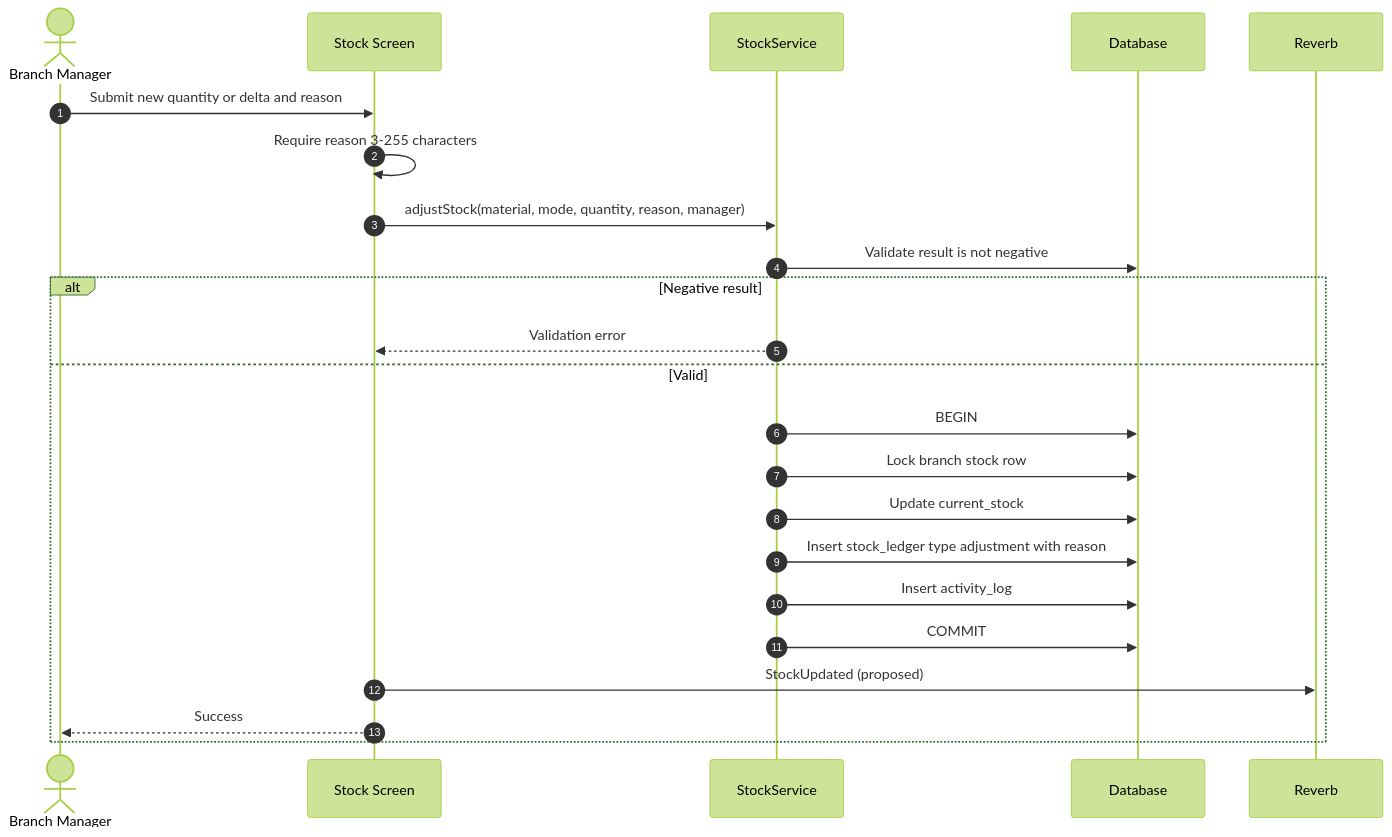
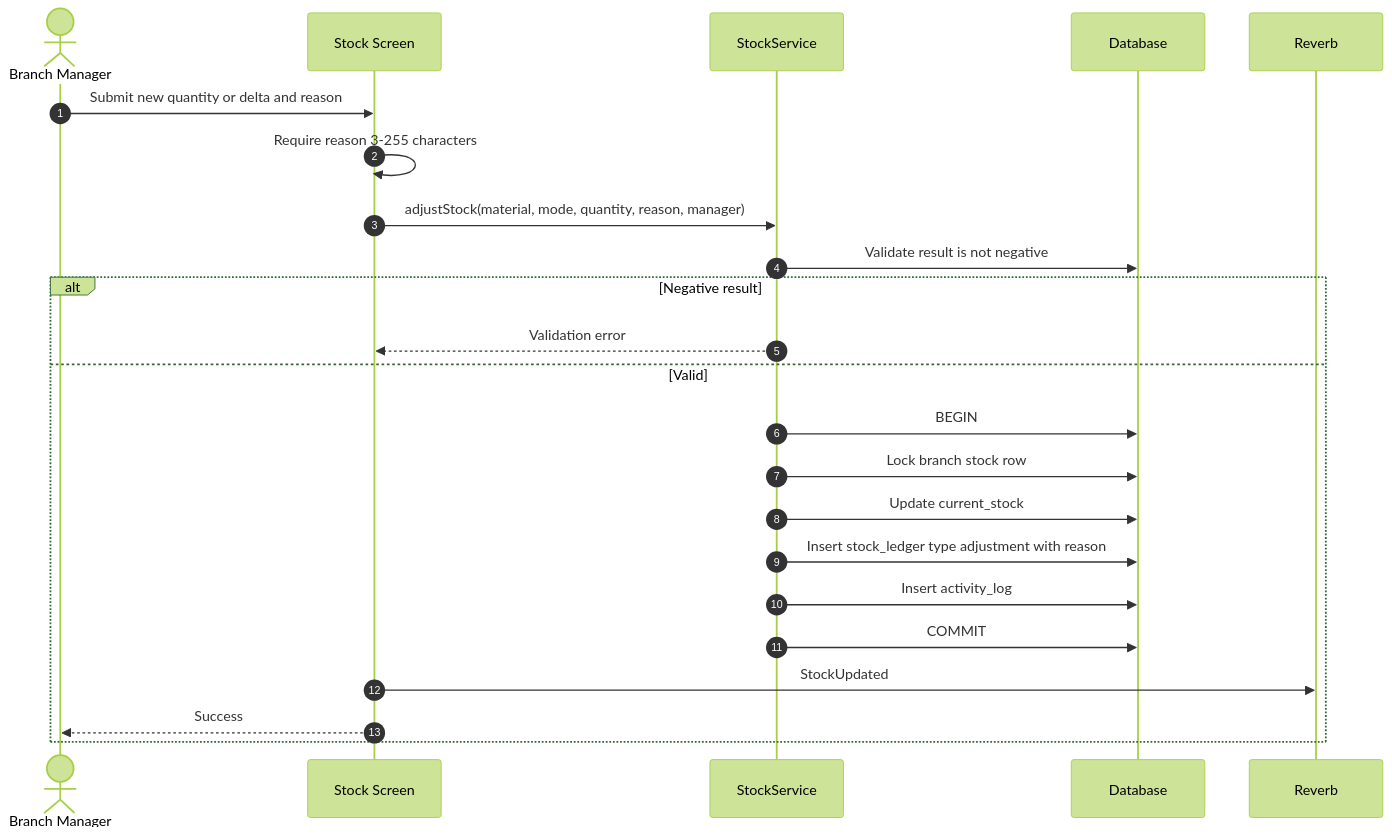
Diagram 12 of 16 in docs/architecture/sequence-diagrams.md (Arukast/pos_alja), drawn with Mermaid (forest theme) before and after one commit. The commit also changed other lines of this file and 8 other files, not shown here.

````diff
--- a/docs/architecture/sequence-diagrams.md
+++ b/docs/architecture/sequence-diagrams.md
@@ -465,26 +465,26 @@
 ```mermaid
 sequenceDiagram
     autonumber
     actor M as Branch Manager
     participant UI as Stock Screen
     participant SS as StockService
     participant DB as Database
     participant R as Reverb
 
     M->>UI: Submit new quantity or delta and reason
     UI->>UI: Require reason 3-255 characters
     UI->>SS: adjustStock(material, mode, quantity, reason, manager)
     SS->>DB: Validate result is not negative
     alt Negative result
         SS-->>UI: Validation error
     else Valid
         SS->>DB: BEGIN
         SS->>DB: Lock branch stock row
         SS->>DB: Update current_stock
         SS->>DB: Insert stock_ledger type adjustment with reason
         SS->>DB: Insert activity_log
         SS->>DB: COMMIT
-        UI->>R: StockUpdated (proposed)
+        UI->>R: StockUpdated
         UI-->>M: Success
     end
 ```
````
